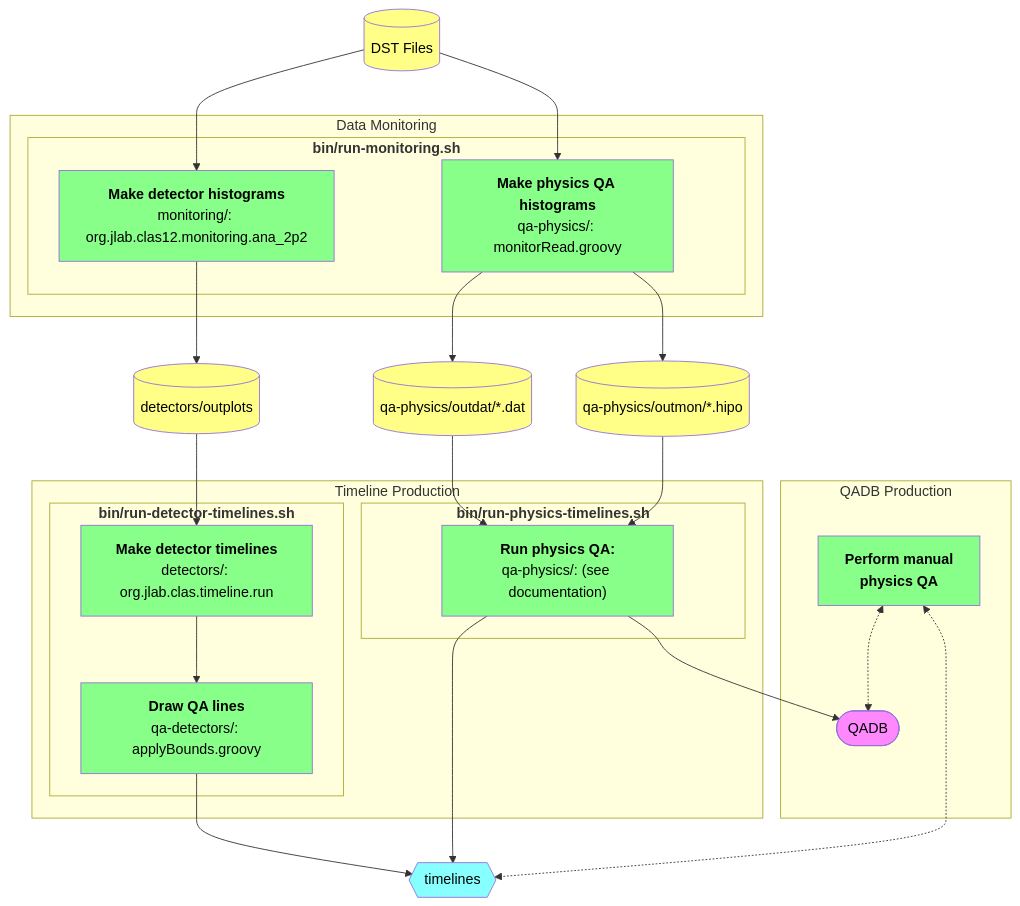
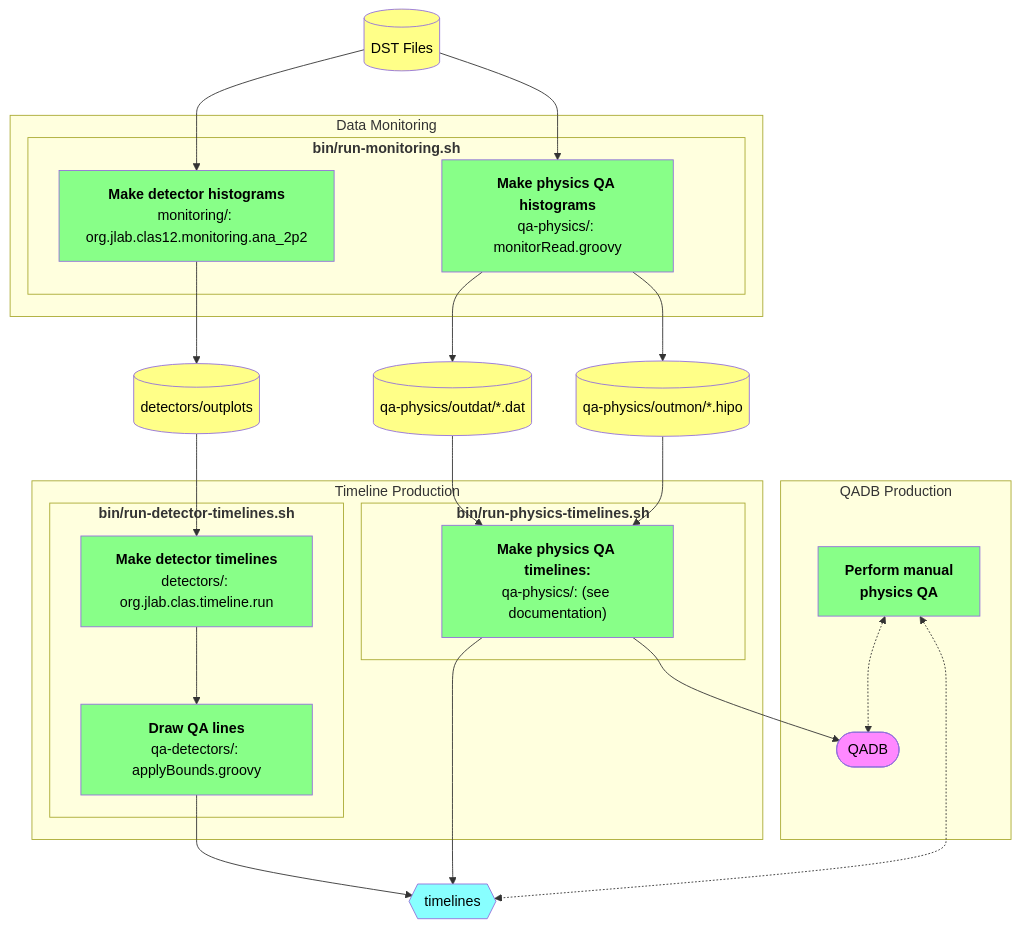
The diagram in README.md (JeffersonLab/clas12-timeline), drawn with Mermaid before and after one commit.

Commit message:
modified:   README.md

````diff
--- a/README.md
+++ b/README.md
@@ -65,50 +65,50 @@
 ```mermaid
 flowchart TB
 
     classDef proc     fill:#8f8,color:black
     classDef data     fill:#ff8,color:black
     classDef misc     fill:#f8f,color:black
     classDef timeline fill:#8ff,color:black
 
     dst[(DST Files)]:::data
 
     subgraph Data Monitoring
         subgraph "<strong>bin/run-monitoring.sh</strong>"
             monitorDetectors["<strong>Make detector histograms</strong><br/>monitoring/: org.jlab.clas12.monitoring.ana_2p2"]:::proc
             monitorPhysics["<strong>Make physics QA histograms</strong><br/>qa-physics/: monitorRead.groovy"]:::proc
         end
     end
     dst --> monitorDetectors
     dst --> monitorPhysics
 
     monitorDetectors --> outplots[(detectors/outplots)]:::data
     monitorPhysics   --> outdat[(qa-physics/outdat/*.dat)]:::data
     monitorPhysics   --> outmon[(qa-physics/outmon/*.hipo)]:::data
 
     subgraph Timeline Production
         subgraph "<strong>bin/run-detector-timelines.sh</strong>"
             timelineDetectorsPreQA["<strong>Make detector timelines</strong><br/>detectors/: org.jlab.clas.timeline.run"]:::proc
             timelineDetectors["<strong>Draw QA lines</strong><br/>qa-detectors/: applyBounds.groovy"]:::proc
         end
         subgraph "<strong>bin/run-physics-timelines.sh</strong>"
-            timelinePhysics["<strong>Run physics QA:</strong><br/>qa-physics/: (see documentation)"]:::proc
+            timelinePhysics["<strong>Make physics QA timelines:</strong><br/>qa-physics/: (see documentation)"]:::proc
         end
     end
 
     outplots --> timelineDetectorsPreQA --> timelineDetectors
     outdat   --> timelinePhysics
     outmon   --> timelinePhysics
 
     subgraph QADB Production
         qadb([QADB]):::misc
         manualQA[<strong>Perform manual<br/>physics QA</strong>]:::proc
     end
     
     timelines{{timelines}}:::timeline
 
     timelineDetectors --> timelines
     timelinePhysics   --> timelines
     timelinePhysics   --> qadb
     manualQA <-.-> timelines
     manualQA <-.-> qadb
 ```
````
